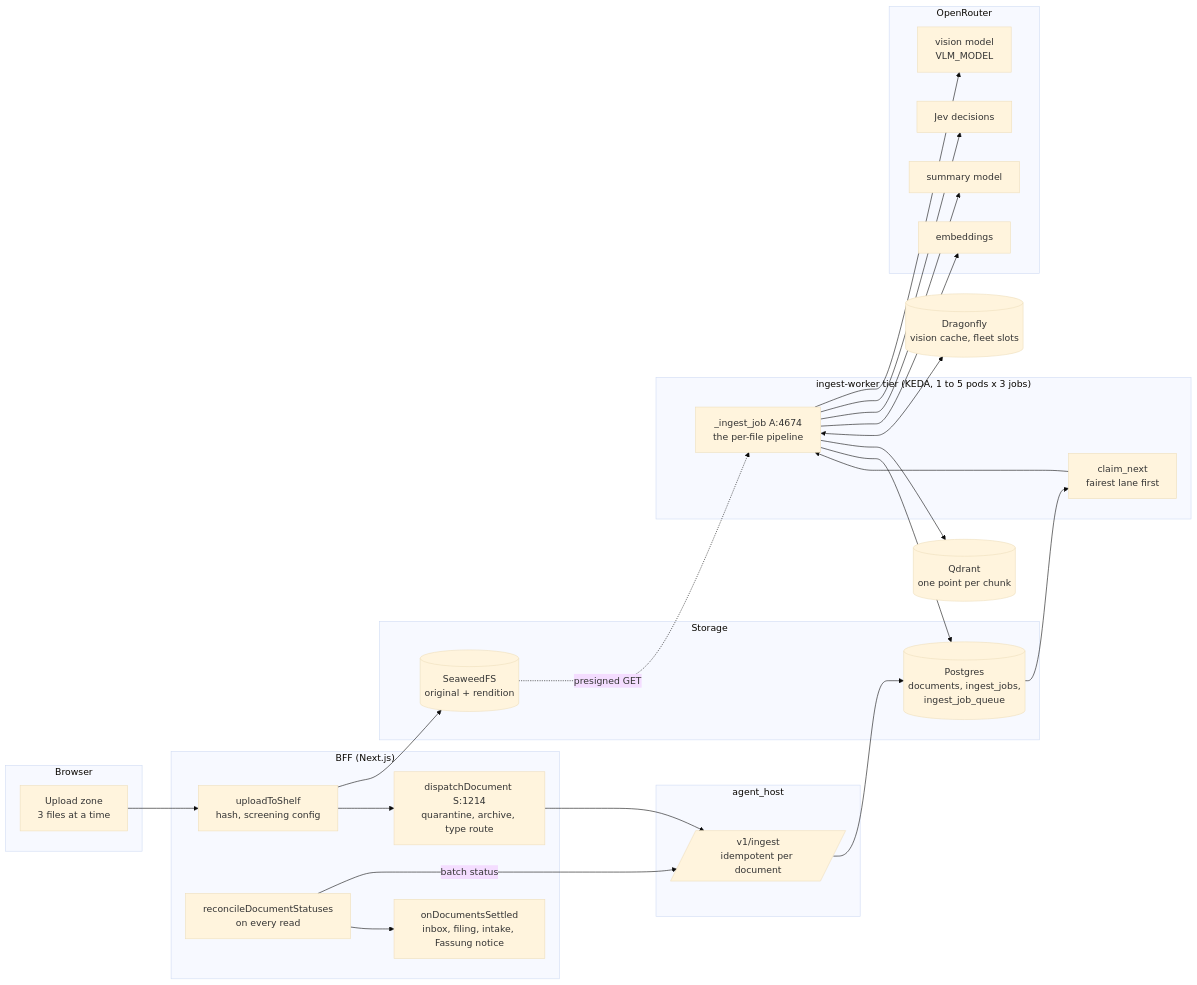
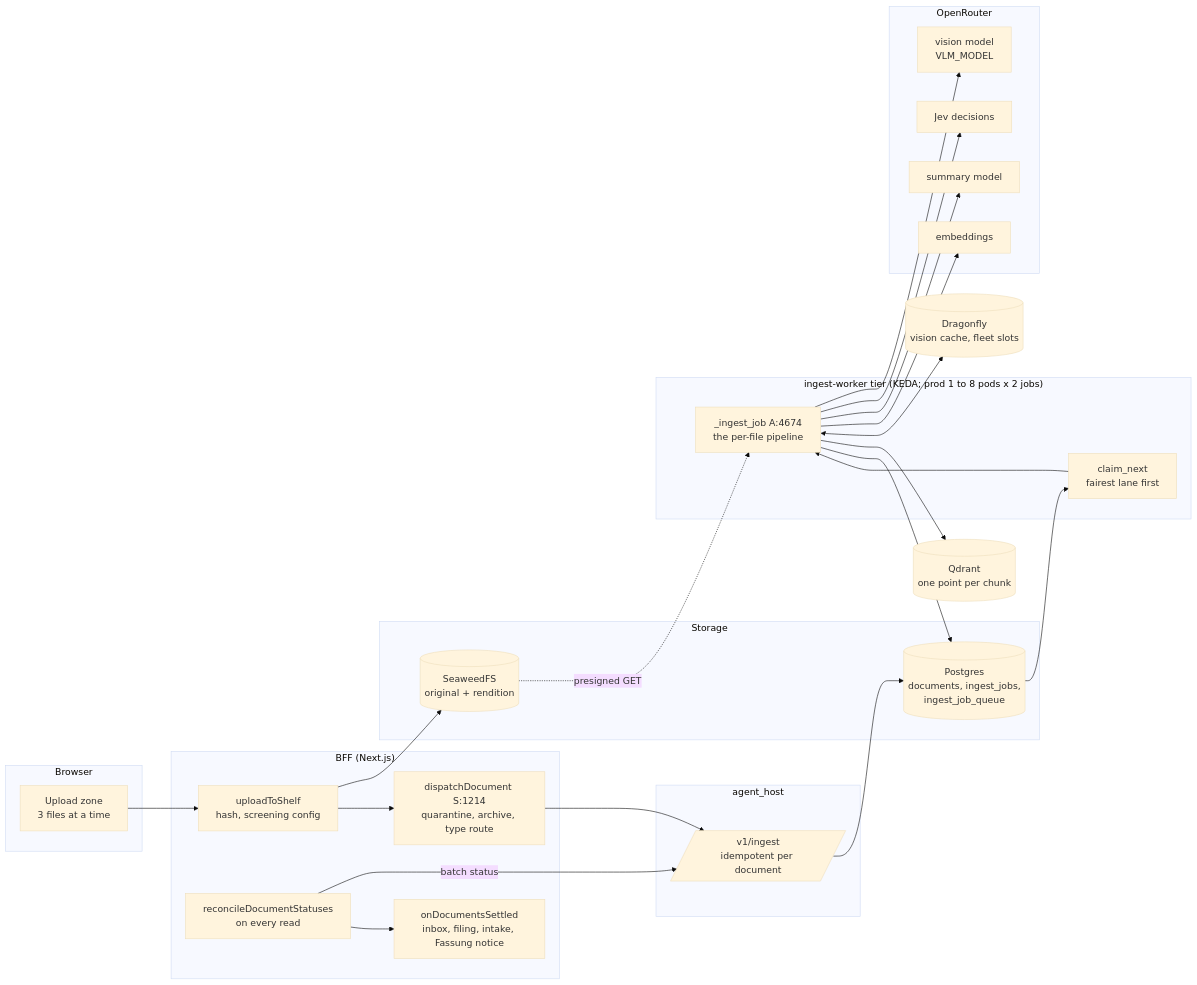
The first of 6 diagrams in docs/architecture/ingestion-pipeline.md (archos-at/archos), drawn with Mermaid (base theme) before and after one commit. The commit also changed other lines of this file and 10 other files, not shown here.

````diff
--- a/docs/architecture/ingestion-pipeline.md
+++ b/docs/architecture/ingestion-pipeline.md
@@ -20,42 +20,42 @@
 ```mermaid
 flowchart LR
   subgraph Browser
     U[Upload zone<br/>3 files at a time]
   end
   subgraph BFF["BFF (Next.js)"]
     UP[uploadToShelf<br/>hash, screening config]
     DD[dispatchDocument S:1214<br/>quarantine, archive, type route]
     RC[reconcileDocumentStatuses<br/>on every read]
     ST[onDocumentsSettled<br/>inbox, filing, intake, Fassung notice]
   end
   subgraph Storage
     SW[(SeaweedFS<br/>original + rendition)]
     PG[(Postgres<br/>documents, ingest_jobs,<br/>ingest_job_queue)]
   end
   subgraph API["agent_host"]
     IN[/v1/ingest<br/>idempotent per document/]
   end
-  subgraph Worker["ingest-worker tier (KEDA, 1 to 5 pods x 3 jobs)"]
+  subgraph Worker["ingest-worker tier (KEDA; prod 1 to 8 pods x 2 jobs)"]
     CL[claim_next<br/>fairest lane first]
     PL[_ingest_job A:4674<br/>the per-file pipeline]
   end
   subgraph Providers["OpenRouter"]
     VLM[vision model<br/>VLM_MODEL]
     JEV[Jev decisions]
     LLM[summary model]
     EMB[embeddings]
   end
   Q[(Qdrant<br/>one point per chunk)]
   DF[(Dragonfly<br/>vision cache, fleet slots)]
 
   U --> UP --> SW
   UP --> DD --> IN --> PG
   PG --> CL --> PL
   SW -. presigned GET .-> PL
   PL --> VLM & JEV & LLM & EMB
   PL <--> DF
   PL --> Q
   PL --> PG
   RC -- batch status --> IN
   RC --> ST
 ```
````
